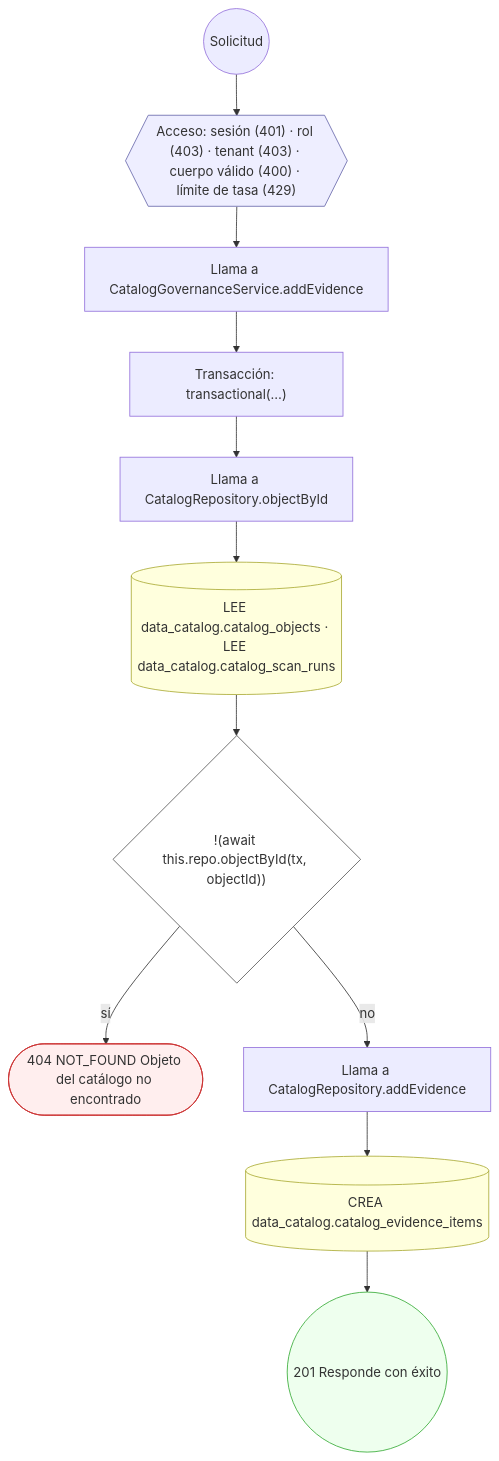
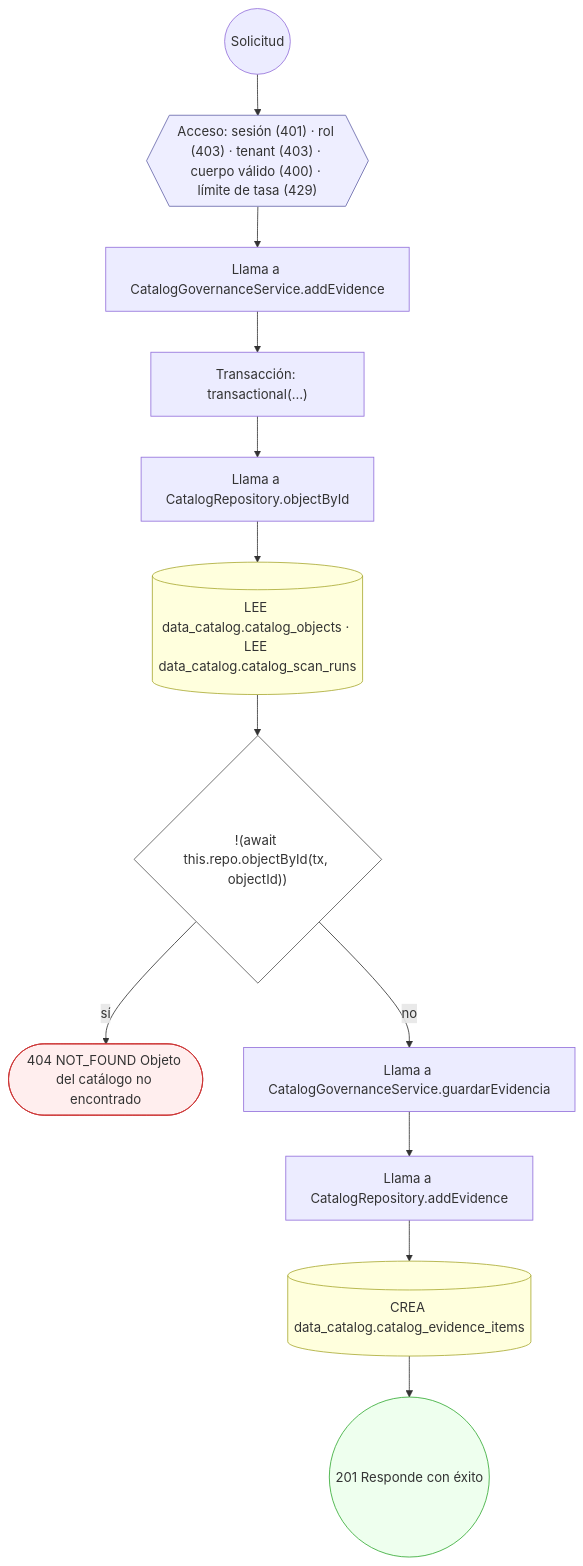
Before and after one commit to mdavila-2001/mantra-core-health-api: diagram 15 of 37 in docs/inventario/flujos/data_catalog.md, drawn with Mermaid. The commit also changed other lines of this file and 438 other files, not shown here.

````diff
--- a/docs/inventario/flujos/data_catalog.md
+++ b/docs/inventario/flujos/data_catalog.md
@@ -706,30 +1053,32 @@
 ```mermaid
 flowchart TD
   n1(("Solicitud")):::inicio
   n2{{"Acceso: sesión (401) · rol (403) · tenant (403) · cuerpo válido (400) · límite de tasa (429)"}}:::acceso
   n1 --> n2
   n3["Llama a CatalogGovernanceService.addEvidence"]:::llamada
   n2 --> n3
   n4["Transacción: transactional(…)"]:::transaccion
   n3 --> n4
   n5["Llama a CatalogRepository.objectById"]:::llamada
   n4 --> n5
   n6[("LEE data_catalog.catalog_objects · LEE data_catalog.catalog_scan_runs")]:::efecto
   n5 --> n6
   n7{"!(await this.repo.objectById(tx, objectId))"}:::decision
   n6 --> n7
   n8(["404 NOT_FOUND Objeto del catálogo no encontrado"]):::error
   n7 -->|"sí"| n8
-  n9["Llama a CatalogRepository.addEvidence"]:::llamada
+  n9["Llama a CatalogGovernanceService.guardarEvidencia"]:::llamada
   n7 -->|"no"| n9
-  n10[("CREA data_catalog.catalog_evidence_items")]:::efecto
+  n10["Llama a CatalogRepository.addEvidence"]:::llamada
   n9 --> n10
-  n11(("201 Responde con éxito")):::ok
+  n11[("CREA data_catalog.catalog_evidence_items")]:::efecto
   n10 --> n11
+  n12(("201 Responde con éxito")):::ok
+  n11 --> n12
   classDef acceso fill:#eef,stroke:#66a
   classDef error fill:#fee,stroke:#c33
   classDef ok fill:#efe,stroke:#3a3
   classDef efecto fill:#ffd,stroke:#aa3
   classDef decision fill:#fff,stroke:#555
   classDef corte fill:#eee,stroke:#999,stroke-dasharray: 4
 ```
````
